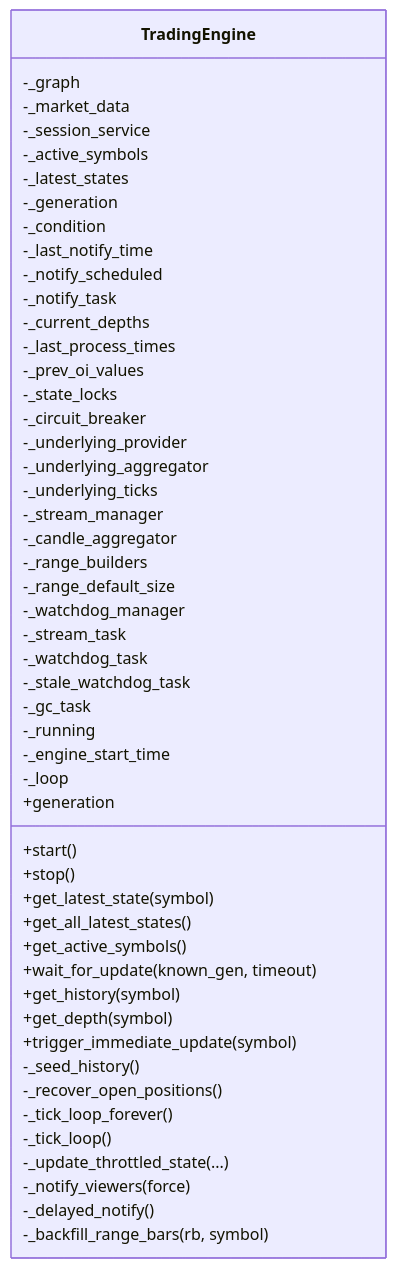
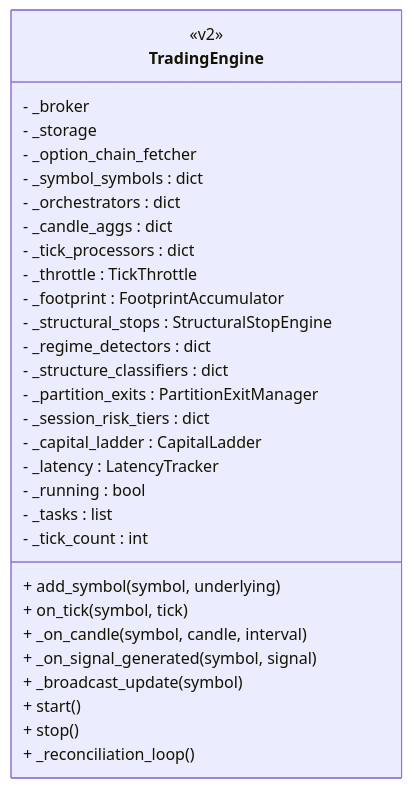
The third of 5 diagrams in .qoder/repowiki/en/content/Backend Application/Core Services/Trading Engine.md (gemrajkhatry-maker/v5-of-glassytrade-ai), drawn with Mermaid before and after one commit. The commit also changed other lines of this file and 930 other files, not shown here.

````diff
--- a/.qoder/repowiki/en/content/Backend Application/Core Services/Trading Engine.md
+++ b/.qoder/repowiki/en/content/Backend Application/Core Services/Trading Engine.md
@@ -156,53 +267,33 @@
 ```mermaid
 classDiagram
 class TradingEngine {
--_graph
--_market_data
--_session_service
--_active_symbols
--_latest_states
--_generation
--_condition
--_last_notify_time
--_notify_scheduled
--_notify_task
--_current_depths
--_last_process_times
--_prev_oi_values
--_state_locks
--_circuit_breaker
--_underlying_provider
--_underlying_aggregator
--_underlying_ticks
--_stream_manager
--_candle_aggregator
--_range_builders
--_range_default_size
--_watchdog_manager
--_stream_task
--_watchdog_task
--_stale_watchdog_task
--_gc_task
--_running
--_engine_start_time
--_loop
-+start()
-+stop()
-+get_latest_state(symbol)
-+get_all_latest_states()
-+get_active_symbols()
-+generation
-+wait_for_update(known_gen, timeout)
-+get_history(symbol)
-+get_depth(symbol)
-+trigger_immediate_update(symbol)
--_seed_history()
--_recover_open_positions()
--_tick_loop_forever()
--_tick_loop()
--_update_throttled_state(...)
--_notify_viewers(force)
--_delayed_notify()
--_backfill_range_bars(rb, symbol)
+<<v2>>
+- _broker
+- _storage
+- _option_chain_fetcher
+- _symbol_symbols : dict
+- _orchestrators : dict
+- _candle_aggs : dict
+- _tick_processors : dict
+- _throttle : TickThrottle
+- _footprint : FootprintAccumulator
+- _structural_stops : StructuralStopEngine
+- _regime_detectors : dict
+- _structure_classifiers : dict
+- _partition_exits : PartitionExitManager
+- _session_risk_tiers : dict
+- _capital_ladder : CapitalLadder
+- _latency : LatencyTracker
+- _running : bool
+- _tasks : list
+- _tick_count : int
++ add_symbol(symbol, underlying)
++ on_tick(symbol, tick)
++ _on_candle(symbol, candle, interval)
++ _on_signal_generated(symbol, signal)
++ _broadcast_update(symbol)
++ start()
++ stop()
++ _reconciliation_loop()
 }
 ```
````
